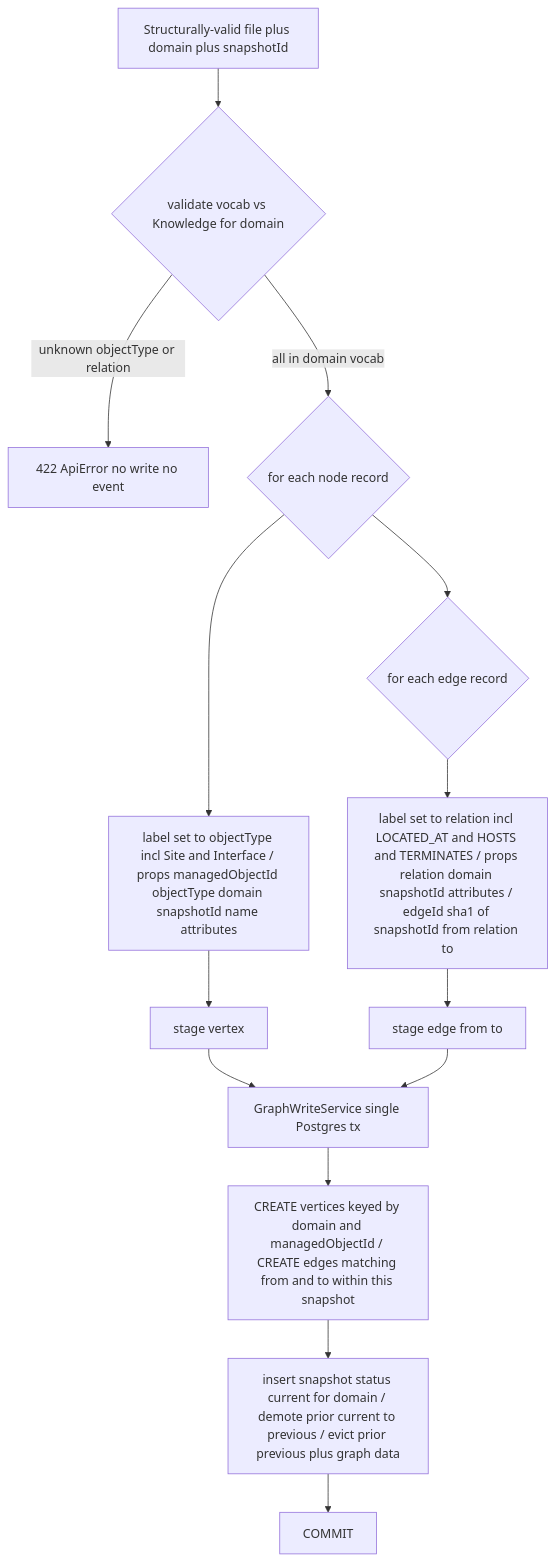
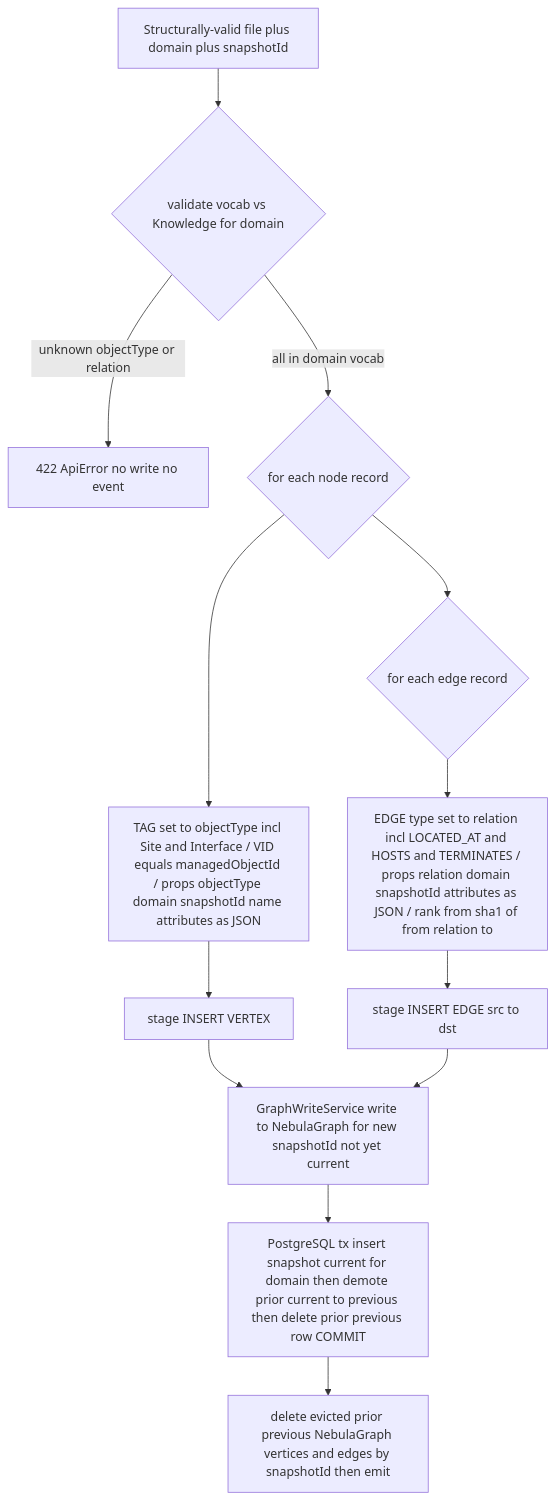
One commit to nikhilmohan/correlation-platform changed the tenth of 11 diagrams in services/topology/design.md. Above: the diagram before and after it, drawn with Mermaid. The commit also changed other lines of this file, not shown here.

First line of the commit message:
design(topology): rework graph backend Apache AGE → NebulaGraph (nGQL)

````diff
--- a/services/topology/design.md
+++ b/services/topology/design.md
@@ -639,16 +848,15 @@
 ```mermaid
 flowchart TD
   A[Structurally-valid file plus domain plus snapshotId] --> V{validate vocab vs Knowledge for domain}
   V -- unknown objectType or relation --> R[422 ApiError no write no event]
   V -- all in domain vocab --> B{for each node record}
-  B --> C[label set to objectType incl Site and Interface / props managedObjectId objectType domain snapshotId name attributes]
-  C --> D[stage vertex]
+  B --> C[TAG set to objectType incl Site and Interface / VID equals managedObjectId / props objectType domain snapshotId name attributes as JSON]
+  C --> D[stage INSERT VERTEX]
   B --> E{for each edge record}
-  E --> F[label set to relation incl LOCATED_AT and HOSTS and TERMINATES / props relation domain snapshotId attributes / edgeId sha1 of snapshotId from relation to]
-  F --> G[stage edge from to]
-  D --> H[GraphWriteService single Postgres tx]
+  E --> F[EDGE type set to relation incl LOCATED_AT and HOSTS and TERMINATES / props relation domain snapshotId attributes as JSON / rank from sha1 of from relation to]
+  F --> G[stage INSERT EDGE src to dst]
+  D --> H[GraphWriteService write to NebulaGraph for new snapshotId not yet current]
   G --> H
-  H --> I[CREATE vertices keyed by domain and managedObjectId / CREATE edges matching from and to within this snapshot]
-  I --> J[insert snapshot status current for domain / demote prior current to previous / evict prior previous plus graph data]
-  J --> K[COMMIT]
+  H --> I[PostgreSQL tx insert snapshot current for domain then demote prior current to previous then delete prior previous row COMMIT]
+  I --> J[delete evicted prior previous NebulaGraph vertices and edges by snapshotId then emit]
 ```
````
